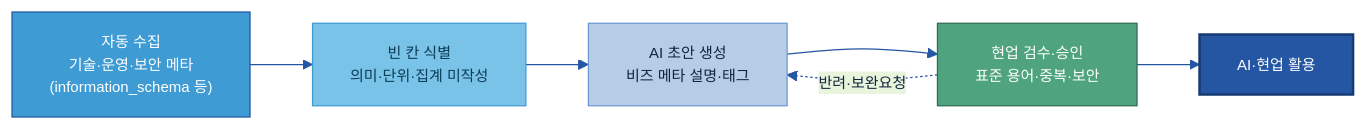
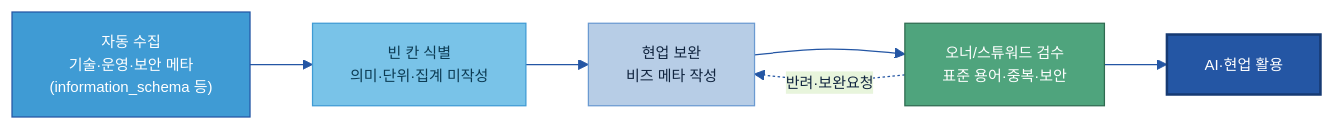
The fifth of 6 diagrams in 가이드 작성/A-2 메타데이터/A-2 메타데이터.md (jin-kearney/ai-ready-data-manual), drawn with Mermaid before and after one commit. The commit also changed other lines of this file, not shown here.

````diff
--- a/가이드 작성/A-2 메타데이터/A-2 메타데이터.md
+++ b/가이드 작성/A-2 메타데이터/A-2 메타데이터.md
@@ -515,16 +516,16 @@
 ```mermaid
 %%{init: {'theme':'base','themeVariables':{'primaryColor':'#DCE8F5','primaryBorderColor':'#2456A4','primaryTextColor':'#10243f','lineColor':'#2456A4','clusterBkg':'#EEF4FB','clusterBorder':'#6B9AD1','fontSize':'12px'}}}%%
 flowchart LR
     AUTO["자동 수집<br/>기술·운영·보안 메타<br/>(information_schema 등)"]:::gate
     GAP["빈 칸 식별<br/>의미·단위·집계 미작성"]:::src
-    FILL["AI 초안 생성<br/>비즈 메타 설명·태그"]:::n
-    REV["현업 검수·승인<br/>표준 용어·중복·보안"]:::loop
+    FILL["현업 보완<br/>비즈 메타 작성"]:::n
+    REV["오너/스튜워드 검수<br/>표준 용어·중복·보안"]:::loop
     USE["AI·현업 활용"]:::cat
     AUTO --> GAP --> FILL --> REV --> USE
     REV -.반려·보완요청.-> FILL
     classDef n fill:#B7CDE6,stroke:#6B9AD1,color:#10243f;
     classDef src fill:#79C3E8,stroke:#3F9BD4,color:#0b3a52;
     classDef cat fill:#2456A4,color:#fff,stroke:#163a73,stroke-width:2px;
     classDef gate fill:#3F9BD4,stroke:#2456A4,color:#fff;
     classDef loop fill:#4FA47D,stroke:#2f6b50,color:#fff;
 ```
````
